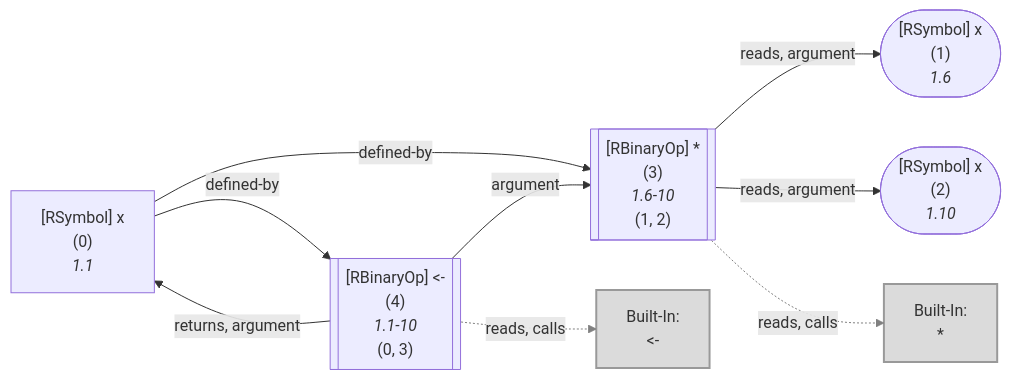
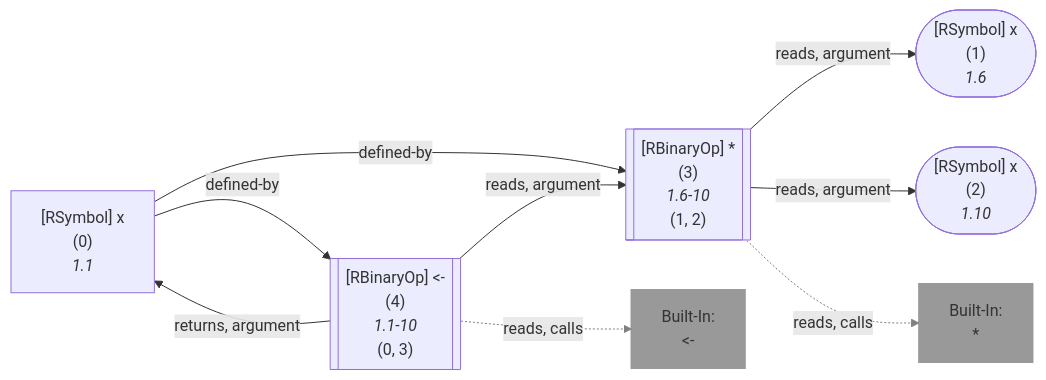
Before and after one commit to flowr-analysis/flowr: the second of 4 diagrams in wiki/Search API.md, drawn with Mermaid. The commit also changed other lines of this file and 18 other files, not shown here.

````diff
--- a/wiki/Search API.md
+++ b/wiki/Search API.md
@@ -72,36 +72,36 @@
 ```mermaid
 flowchart LR
     1(["`#91;RSymbol#93; x
       (1)
       *1.6*`"])
     2(["`#91;RSymbol#93; x
       (2)
       *1.10*`"])
     3[["`#91;RBinaryOp#93; #42;
       (3)
       *1.6-10*
     (1, 2)`"]]
     built-in:_["`Built-In:
 #42;`"]
-    style built-in:_ stroke:gray,fill:lightgray,stroke-width:2px,opacity:.8;
+    style built-in:_ stroke:gray,fill:gray,stroke-width:2px,opacity:.8;
     0["`#91;RSymbol#93; x
       (0)
       *1.1*`"]
     4[["`#91;RBinaryOp#93; #60;#45;
       (4)
       *1.1-10*
     (0, 3)`"]]
     built-in:_-["`Built-In:
 #60;#45;`"]
-    style built-in:_- stroke:gray,fill:lightgray,stroke-width:2px,opacity:.8;
+    style built-in:_- stroke:gray,fill:gray,stroke-width:2px,opacity:.8;
     3 -->|"reads, argument"| 1
     3 -->|"reads, argument"| 2
     3 -.->|"reads, calls"| built-in:_
     linkStyle 2 stroke:gray;
     0 -->|"defined-by"| 3
     0 -->|"defined-by"| 4
-    4 -->|"argument"| 3
+    4 -->|"reads, argument"| 3
     4 -->|"returns, argument"| 0
     4 -.->|"reads, calls"| built-in:_-
     linkStyle 7 stroke:gray;
 ```
````
